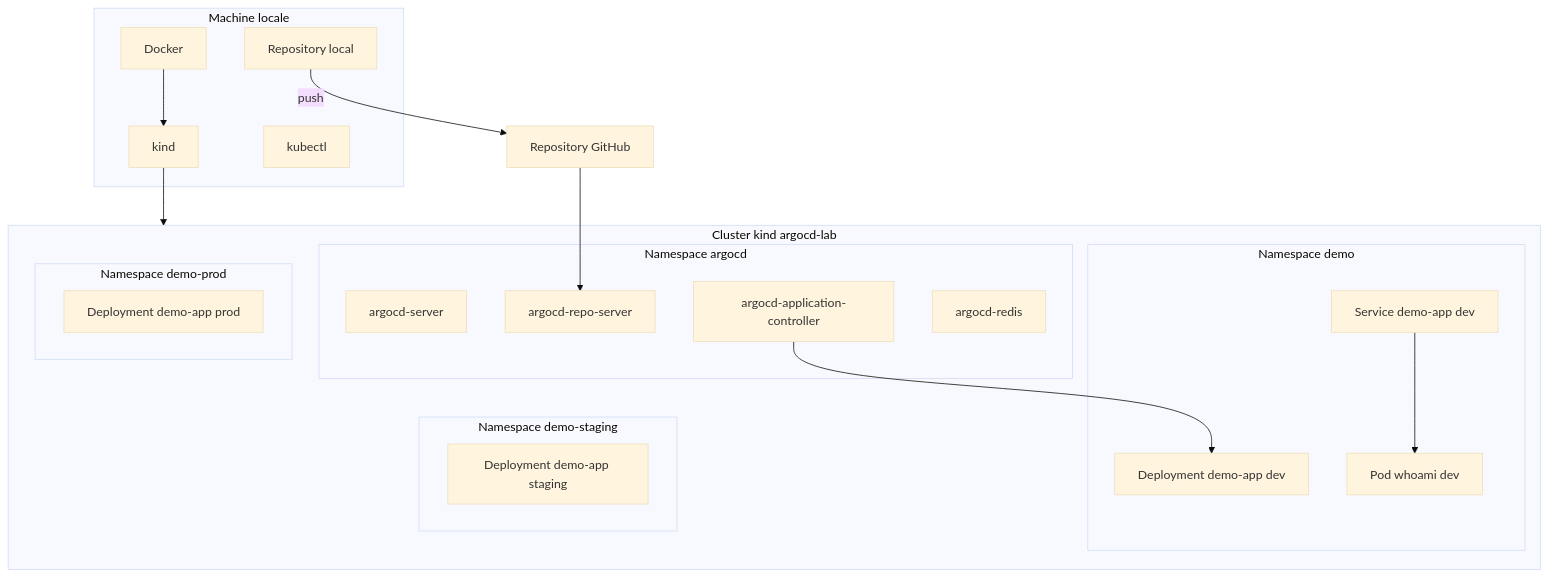
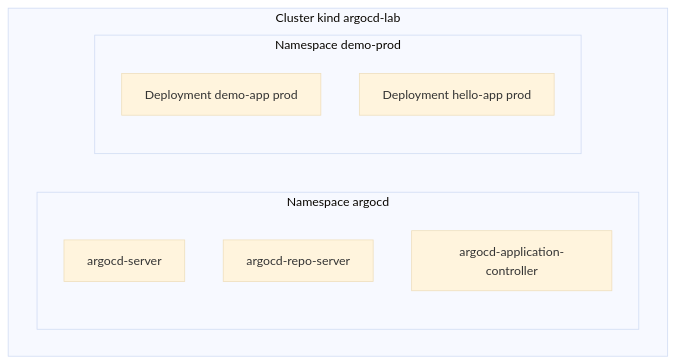
Before and after one commit to RobinThiriet/ArgoCD: the second of 2 diagrams in docs/architecture.md, drawn with Mermaid (base theme). The commit also changed other lines of this file and 29 other files, not shown here.

Commit message:
chore: remove dev and staging from main

````diff
--- a/docs/architecture.md
+++ b/docs/architecture.md
@@ -25,39 +20,15 @@
 ```mermaid
 flowchart TB
-    subgraph Local["Machine locale"]
-        Docker[Docker]
-        Kind[kind]
-        Kubectl[kubectl]
-        Repo[Repository local]
-    end
-
     subgraph Kubernetes["Cluster kind argocd-lab"]
         subgraph NS1["Namespace argocd"]
             Server[argocd-server]
             RepoServer[argocd-repo-server]
             Controller[argocd-application-controller]
-            Redis[argocd-redis]
         end
 
-        subgraph NS2["Namespace demo"]
-            Deployment[Deployment demo-app dev]
-            Service[Service demo-app dev]
-            Pod[Pod whoami dev]
-        end
-
-        subgraph NS3["Namespace demo-staging"]
-            DeploymentStaging[Deployment demo-app staging]
-        end
-
-        subgraph NS4["Namespace demo-prod"]
-            DeploymentProd[Deployment demo-app prod]
+        subgraph NS2["Namespace demo-prod"]
+            DemoDeployment[Deployment demo-app prod]
+            HelloDeployment[Deployment hello-app prod]
         end
     end
-
-    Repo -->|push| GitHub[Repository GitHub]
-    Docker --> Kind
-    Kind --> Kubernetes
-    GitHub --> RepoServer
-    Controller --> Deployment
-    Service --> Pod
 ```
````
